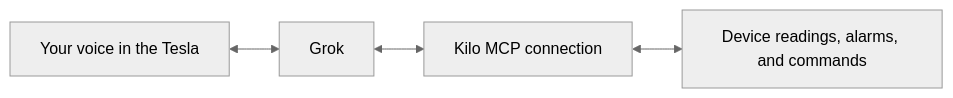
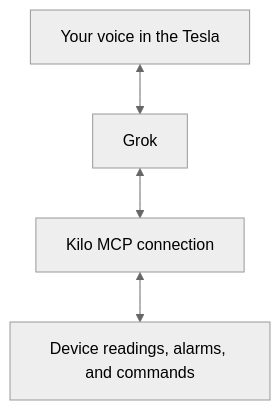
One commit to chirpwireless/kilo_docs changed the diagram in kilo-iot-server/ai-assistant/tesla-grok.md. Above: the diagram before and after it, drawn with Mermaid (neutral theme).

Commit message:
Keep the connection diagram readable on phones

````diff
--- a/kilo-iot-server/ai-assistant/tesla-grok.md
+++ b/kilo-iot-server/ai-assistant/tesla-grok.md
@@ -13,6 +13,6 @@
 ```mermaid
-flowchart LR
+flowchart TD
     Voice[Your voice in the Tesla] <--> Grok[Grok]
     Grok <--> MCP[Kilo MCP connection]
     MCP <--> Kilo[Device readings, alarms, and commands]
 ```
````
